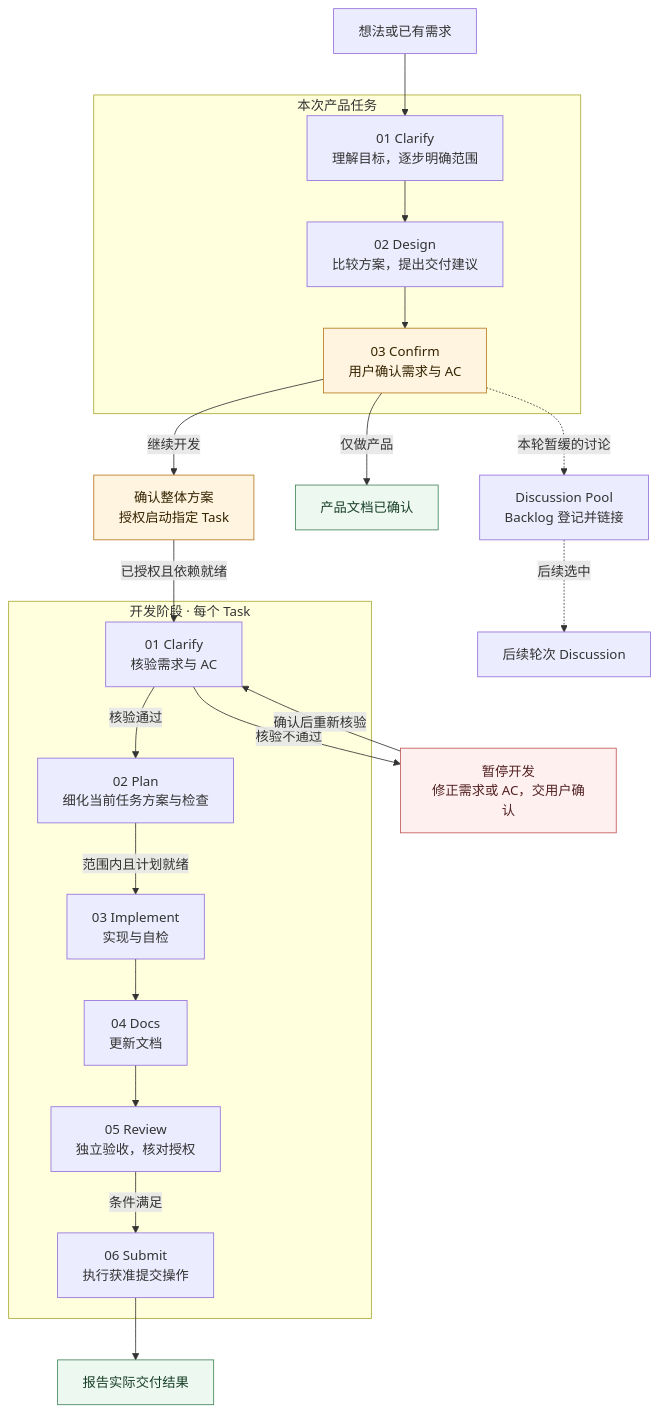
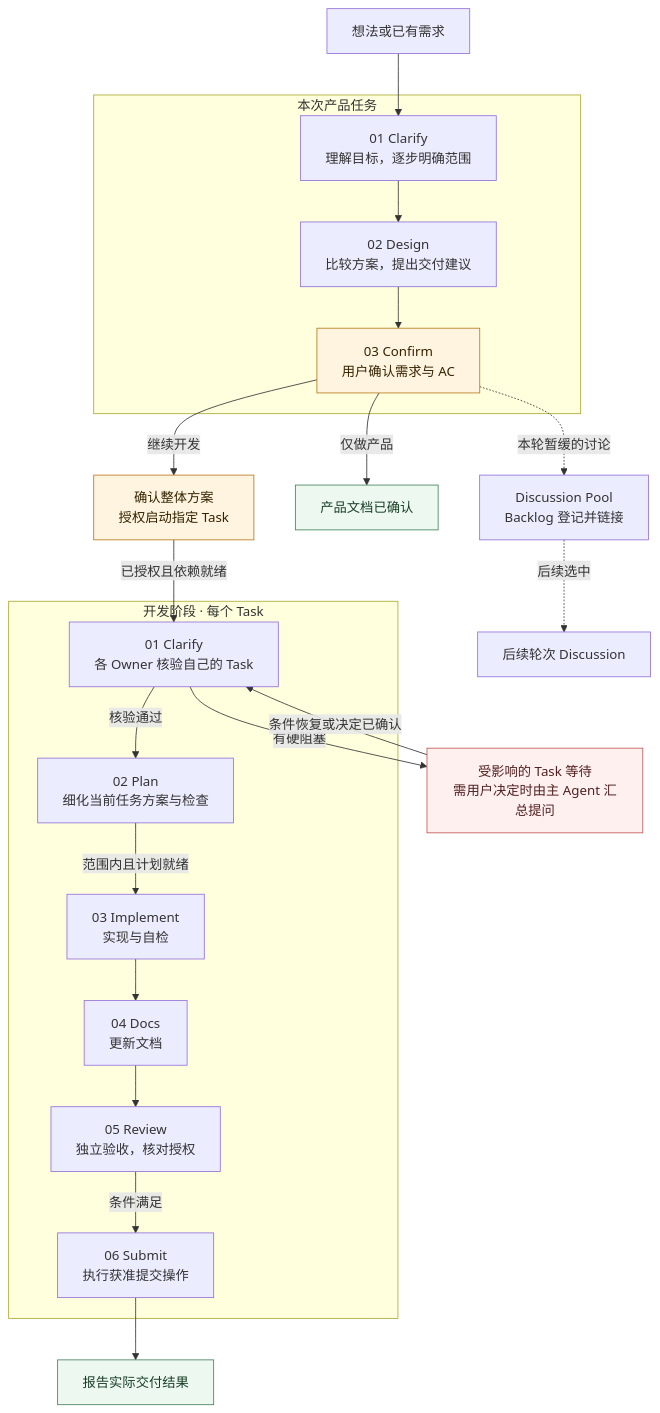
Before and after one commit to BenYang9527/skills-develop: the diagram in skills/engineering/td-harness-build/assets/agents.md, drawn with Mermaid. The commit also changed other lines of this file and 8 other files, not shown here.

Commit message:
docs(harness): clarify task readiness and rule ownership

````diff
--- a/skills/engineering/td-harness-build/assets/agents.md
+++ b/skills/engineering/td-harness-build/assets/agents.md
@@ -41,42 +41,42 @@
 ```mermaid
 flowchart TB
     START["想法或已有需求"] --> P1
 
     subgraph PRODUCT[本次产品任务]
         P1["01 Clarify<br/>理解目标，逐步明确范围"]
         P2["02 Design<br/>比较方案，提出交付建议"]
         P3["03 Confirm<br/>用户确认需求与 AC"]
         P1 --> P2 --> P3
     end
 
     P3 -.->|本轮暂缓的讨论| POOL["Discussion Pool<br/>Backlog 登记并链接"]
     POOL -.->|后续选中| NEXT["后续轮次 Discussion"]
 
     P3 -->|仅做产品| PRODUCT_DONE["产品文档已确认"]
     P3 -->|继续开发| READY["确认整体方案<br/>授权启动指定 Task"]
     READY -->|已授权且依赖就绪| D1
 
     subgraph DEVELOPMENT[开发阶段 · 每个 Task]
-        D1["01 Clarify<br/>核验需求与 AC"]
+        D1["01 Clarify<br/>各 Owner 核验自己的 Task"]
         D2["02 Plan<br/>细化当前任务方案与检查"]
         D3["03 Implement<br/>实现与自检"]
         D5["04 Docs<br/>更新文档"]
         D6["05 Review<br/>独立验收，核对授权"]
         D7["06 Submit<br/>执行获准提交操作"]
         D1 -->|核验通过| D2
         D2 -->|范围内且计划就绪| D3
         D3 --> D5 --> D6
         D6 -->|条件满足| D7
     end
 
-    D1 -->|核验不通过| FIX["暂停开发<br/>修正需求或 AC，交用户确认"]
-    FIX -->|确认后重新核验| D1
+    D1 -->|有硬阻塞| FIX["受影响的 Task 等待<br/>需用户决定时由主 Agent 汇总提问"]
+    FIX -->|条件恢复或决定已确认| D1
     D7 --> DONE["报告实际交付结果"]
 
     classDef confirm fill:#fff4df,stroke:#b7791f,color:#332400;
     classDef stop fill:#fff0f0,stroke:#c05656,color:#512020;
     classDef result fill:#edf8f1,stroke:#42845a,color:#183f25;
     class P3,READY confirm;
     class FIX stop;
     class PRODUCT_DONE,DONE result;
 ```
````
